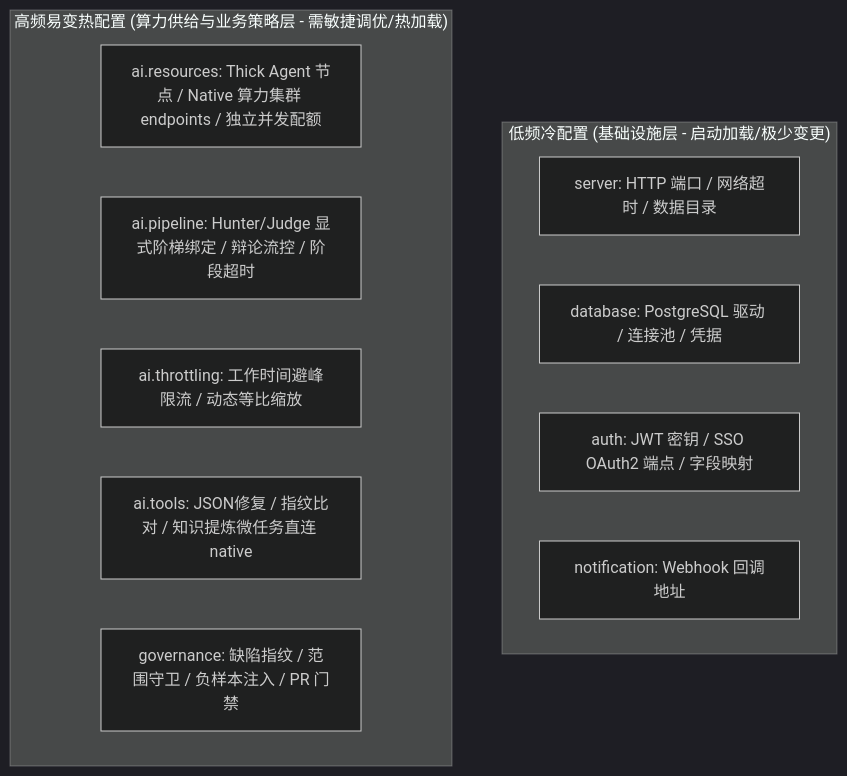
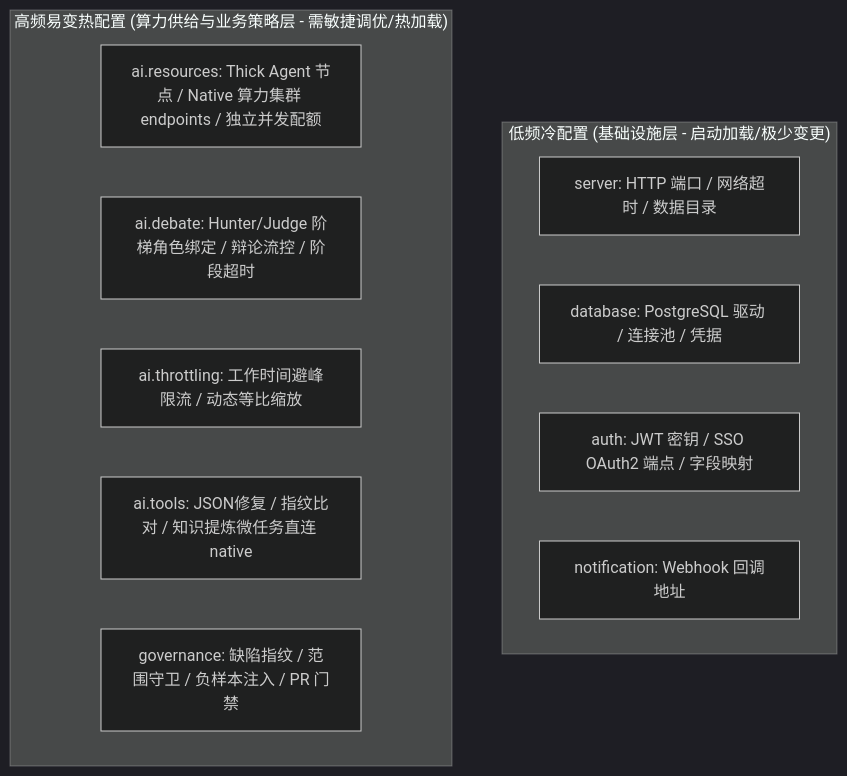
One commit to fugui/code-shield changed the first of 3 diagrams in docs/native-llm-architecture/02-CodeShield-AI执行引擎与企业治理配置架构优化设计.md. Above: the diagram before and after it, drawn with Mermaid (dark theme). The commit also changed other lines of this file, not shown here.

````diff
--- a/docs/native-llm-architecture/02-CodeShield-AI执行引擎与企业治理配置架构优化设计.md
+++ b/docs/native-llm-architecture/02-CodeShield-AI执行引擎与企业治理配置架构优化设计.md
@@ -19,17 +19,17 @@
 ```mermaid
 graph TD
     subgraph ColdConfig ["低频冷配置 (基础设施层 - 启动加载/极少变更)"]
         Server["server: HTTP 端口 / 网络超时 / 数据目录"]
         DB["database: PostgreSQL 驱动 / 连接池 / 凭据"]
         Auth["auth: JWT 密钥 / SSO OAuth2 端点 / 字段映射"]
         Notify["notification: Webhook 回调地址"]
     end
 
     subgraph HotConfig ["高频易变热配置 (算力供给与业务策略层 - 需敏捷调优/热加载)"]
         AI_Compute["ai.resources: Thick Agent 节点 / Native 算力集群 endpoints / 独立并发配额"]
-        AI_Pipeline["ai.pipeline: Hunter/Judge 显式阶梯绑定 / 辩论流控 / 阶段超时"]
+        AI_Debate["ai.debate: Hunter/Judge 阶梯角色绑定 / 辩论流控 / 阶段超时"]
         AI_Throttling["ai.throttling: 工作时间避峰限流 / 动态等比缩放"]
         AI_Tools["ai.tools: JSON修复 / 指纹比对 / 知识提炼微任务直连 native"]
         Gov_Policy["governance: 缺陷指纹 / 范围守卫 / 负样本注入 / PR 门禁"]
     end
 ```
````
